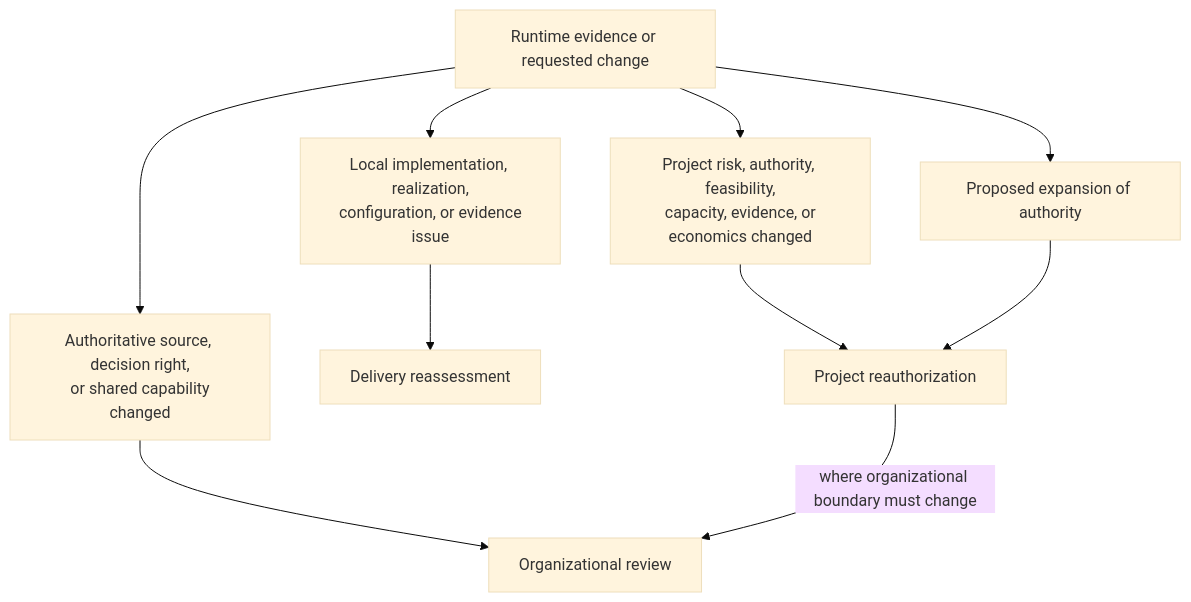
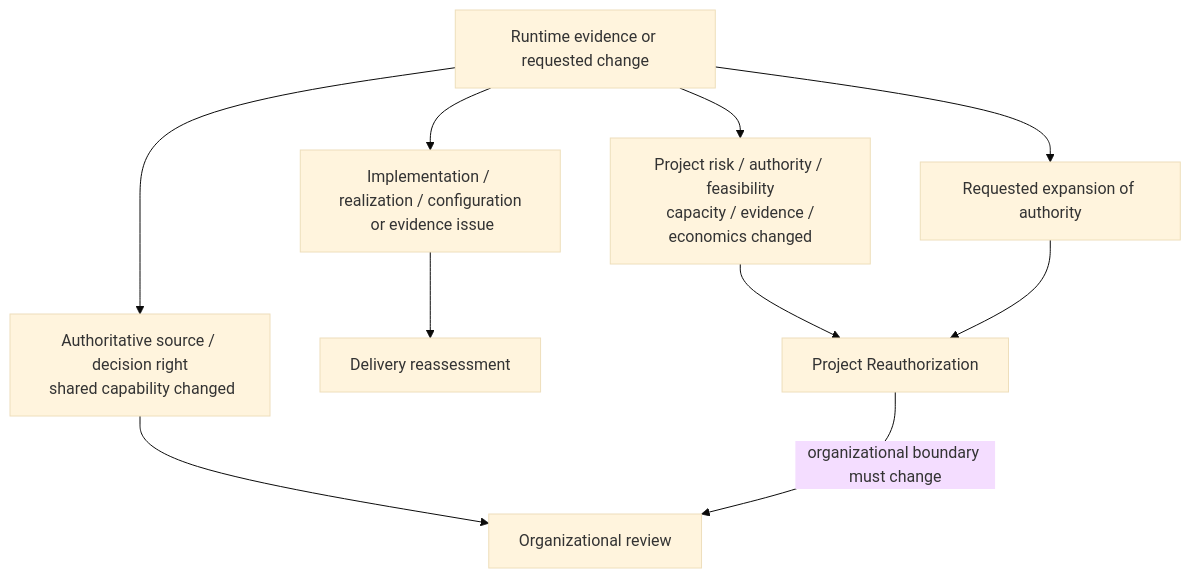
One commit to UncertaintyArchitectureGroup/uncertainty-architecture changed diagram 14 of 15 in content/research/notes/open-engineering-specification-article-draft.md. Above: the diagram before and after it, drawn with Mermaid (base theme). The commit also changed other lines of this file and 1 other file, not shown here.

````diff
--- a/content/research/notes/open-engineering-specification-article-draft.md
+++ b/content/research/notes/open-engineering-specification-article-draft.md
@@ -670,14 +735,14 @@
 ```mermaid
 flowchart TB
     E["Runtime evidence or requested change"]
-    L["Local implementation, realization,<br/> configuration, or evidence issue"]
-    P["Project risk, authority, feasibility,<br/> capacity, evidence, or economics changed"]
-    O["Authoritative source, decision right,<br/> or shared capability changed"]
-    X["Proposed expansion of authority"]
+    L["Implementation / realization / configuration<br/> or evidence issue"]
+    P["Project risk / authority / feasibility<br/> capacity / evidence / economics changed"]
+    O["Authoritative source / decision right<br/> shared capability changed"]
+    X["Requested expansion of authority"]
 
-    E --> L --> D[Delivery reassessment]
-    E --> P --> PR[Project reauthorization]
-    E --> O --> OR[Organizational review]
+    E --> L --> D["Delivery reassessment"]
+    E --> P --> PR["Project Reauthorization"]
+    E --> O --> OR["Organizational review"]
     E --> X --> PR
-    PR -->|where organizational boundary must change| OR
+    PR -->|organizational boundary must change| OR
 ```
````
